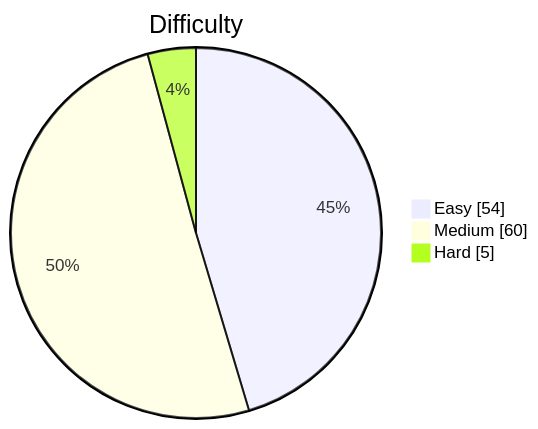
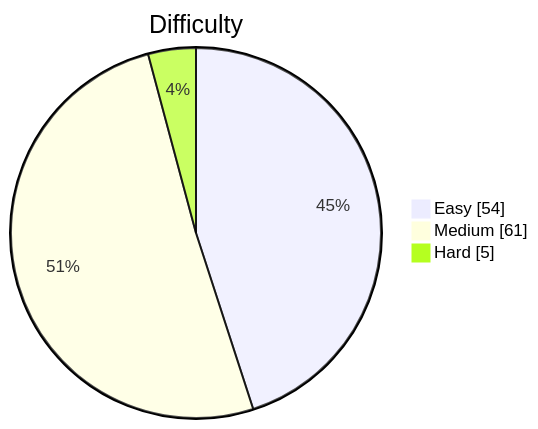
The diagram in README.md (kevstevie/python-algo-practice), drawn with Mermaid before and after one commit. The commit also changed other lines of this file, not shown here.

Commit message:
docs: update README stats (120 problems)

````diff
--- a/README.md
+++ b/README.md
@@ -13,7 +13,7 @@
 ```mermaid
 pie showData
     title Difficulty
     "Easy"   : 54
-    "Medium" : 60
+    "Medium" : 61
     "Hard"   : 5
 ```
````
